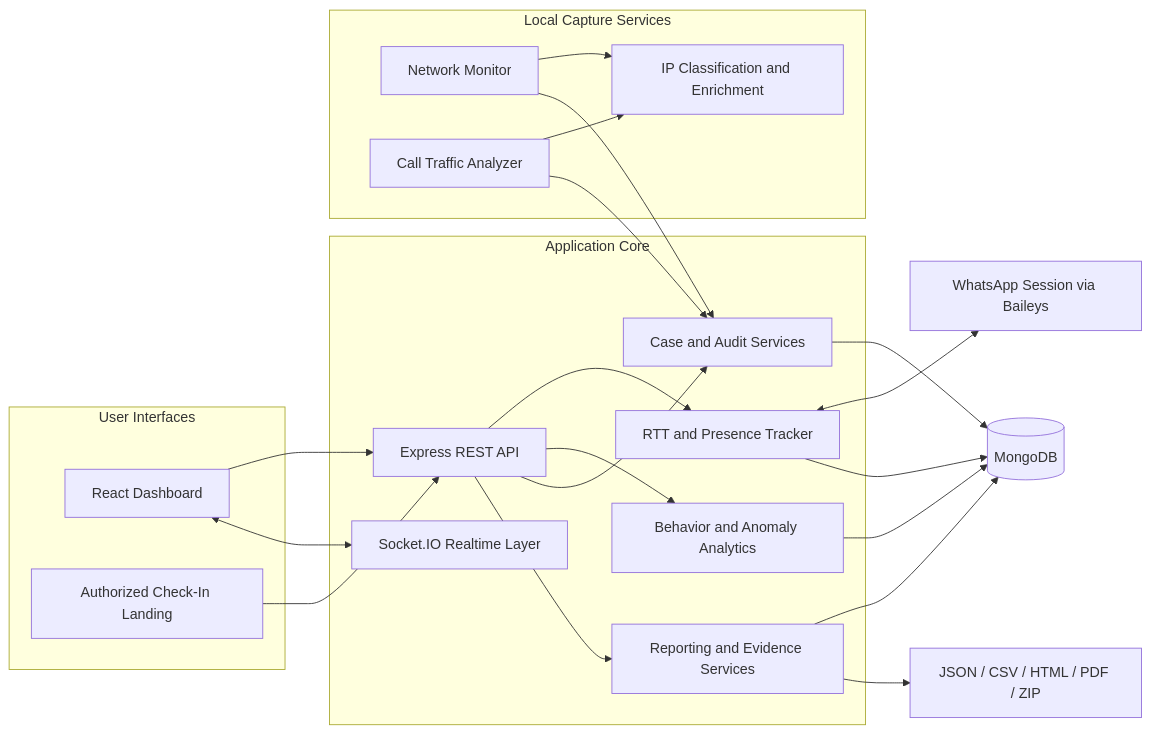
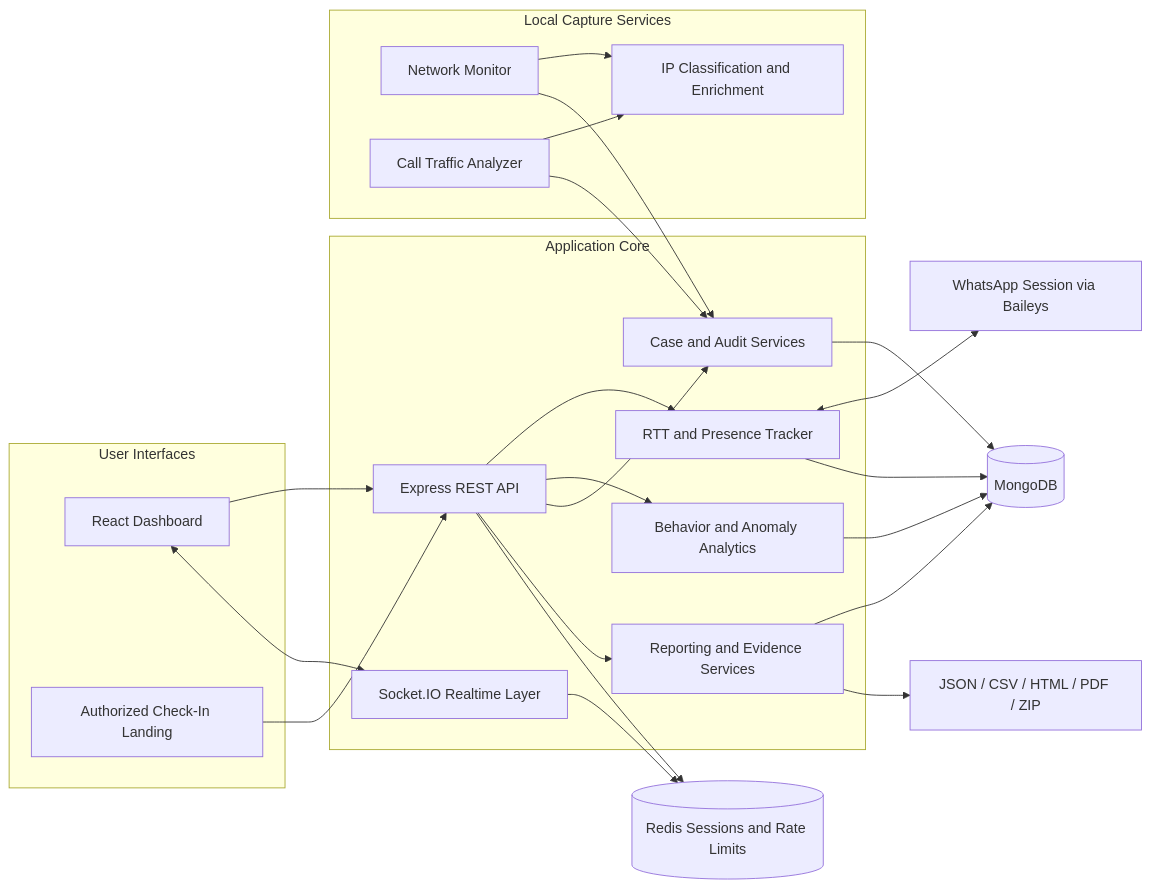
One commit to deco31416/wp-monitor changed the first of 4 diagrams in README.md. Above: the diagram before and after it, drawn with Mermaid. The commit also changed other lines of this file and 34 other files, not shown here.

````diff
--- a/README.md
+++ b/README.md
@@ -75,47 +75,50 @@
 ```mermaid
 flowchart LR
     subgraph Interfaces[User Interfaces]
         Dashboard[React Dashboard]
         CheckIn[Authorized Check-In Landing]
     end
 
     subgraph Application[Application Core]
         API[Express REST API]
         Realtime[Socket.IO Realtime Layer]
         Tracker[RTT and Presence Tracker]
         Intelligence[Behavior and Anomaly Analytics]
         Cases[Case and Audit Services]
         Reports[Reporting and Evidence Services]
     end
 
     subgraph LocalServices[Local Capture Services]
         Network[Network Monitor]
         Calls[Call Traffic Analyzer]
         IPIntel[IP Classification and Enrichment]
     end
 
     WhatsApp[WhatsApp Session via Baileys]
     Mongo[(MongoDB)]
+    Redis[(Redis Sessions and Rate Limits)]
     Exports[JSON / CSV / HTML / PDF / ZIP]
 
     Dashboard --> API
     Dashboard <--> Realtime
     CheckIn --> API
 
     API --> Tracker
     API --> Intelligence
     API --> Cases
     API --> Reports
 
     Tracker <--> WhatsApp
     Tracker --> Mongo
     Intelligence --> Mongo
     Cases --> Mongo
     Reports --> Mongo
+    API --> Redis
+    Realtime --> Redis
 
     Network --> IPIntel
     Calls --> IPIntel
     Network --> Cases
     Calls --> Cases
     Reports --> Exports
 ```
````
